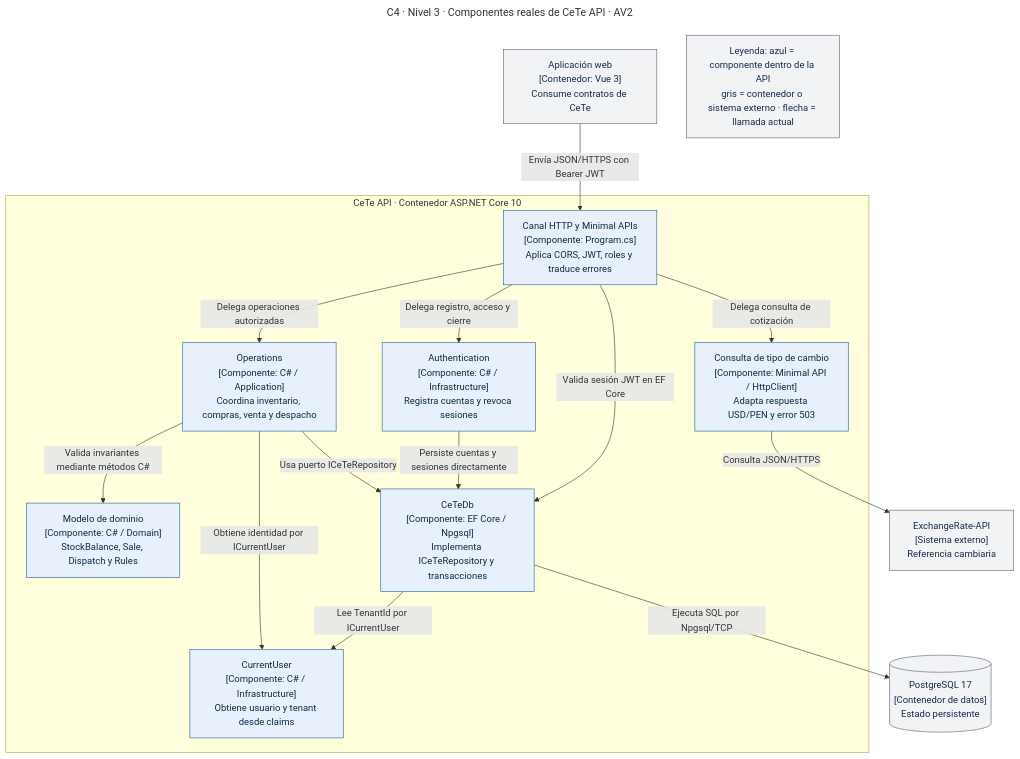
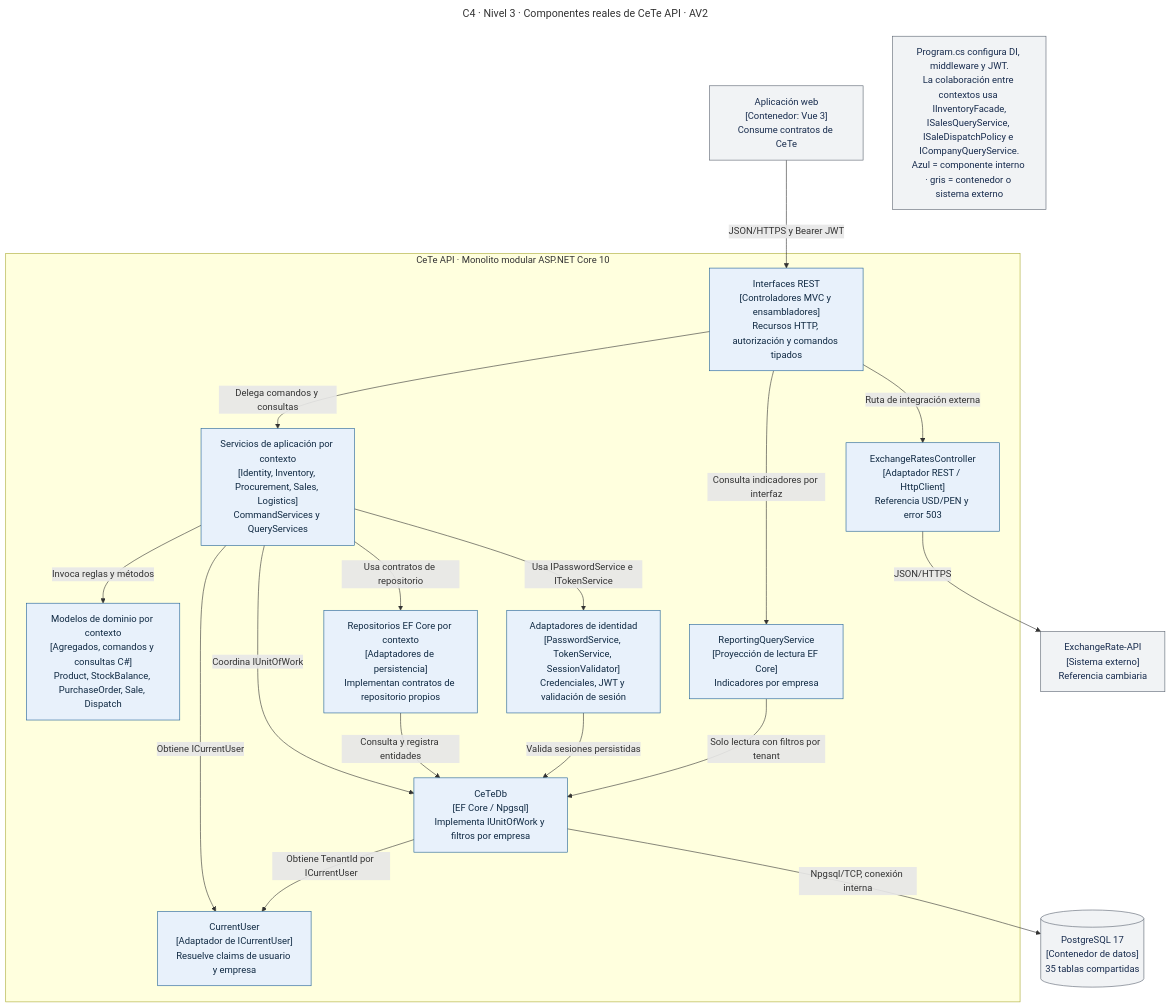
Before and after one commit to Nexxus-ops/Report-CeTe: the diagram in diagrams/c4-components.mmd, drawn with Mermaid. The commit also changed 34 other files, not shown here.

Commit message:
docs(architecture): align report with deployed DDD contexts

```diff
--- a/diagrams/c4-components.mmd
+++ b/diagrams/c4-components.mmd
@@ -1,33 +1,36 @@
 ---
 title: C4 · Nivel 3 · Componentes reales de CeTe API · AV2
 ---
 flowchart TB
   S["Aplicación web<br/>[Contenedor: Vue 3]<br/>Consume contratos de CeTe"]:::external
-  subgraph API["CeTe API · Contenedor ASP.NET Core 10"]
-    E["Canal HTTP y Minimal APIs<br/>[Componente: Program.cs]<br/>Aplica CORS, JWT, roles y traduce errores"]:::internal
-    AU["Authentication<br/>[Componente: C# / Infrastructure]<br/>Registra cuentas y revoca sesiones"]:::internal
-    CU["CurrentUser<br/>[Componente: C# / Infrastructure]<br/>Obtiene usuario y tenant desde claims"]:::internal
-    OP["Operations<br/>[Componente: C# / Application]<br/>Coordina inventario, compras, venta y despacho"]:::internal
-    DO["Modelo de dominio<br/>[Componente: C# / Domain]<br/>StockBalance, Sale, Dispatch y Rules"]:::internal
-    DB["CeTeDb<br/>[Componente: EF Core / Npgsql]<br/>Implementa ICeTeRepository y transacciones"]:::internal
-    EX["Consulta de tipo de cambio<br/>[Componente: Minimal API / HttpClient]<br/>Adapta respuesta USD/PEN y error 503"]:::internal
+  subgraph API["CeTe API · Monolito modular ASP.NET Core 10"]
+    E["Interfaces REST<br/>[Controladores MVC y ensambladores]<br/>Recursos HTTP, autorización y comandos tipados"]:::internal
+    APP["Servicios de aplicación por contexto<br/>[Identity, Inventory, Procurement, Sales, Logistics]<br/>CommandServices y QueryServices"]:::internal
+    DO["Modelos de dominio por contexto<br/>[Agregados, comandos y consultas C#]<br/>Product, StockBalance, PurchaseOrder, Sale, Dispatch"]:::internal
+    RP["Repositorios EF Core por contexto<br/>[Adaptadores de persistencia]<br/>Implementan contratos de repositorio propios"]:::internal
+    DB["CeTeDb<br/>[EF Core / Npgsql]<br/>Implementa IUnitOfWork y filtros por empresa"]:::internal
+    AU["Adaptadores de identidad<br/>[PasswordService, TokenService, SessionValidator]<br/>Credenciales, JWT y validación de sesión"]:::internal
+    CU["CurrentUser<br/>[Adaptador de ICurrentUser]<br/>Resuelve claims de usuario y empresa"]:::internal
+    RE["ReportingQueryService<br/>[Proyección de lectura EF Core]<br/>Indicadores por empresa"]:::internal
+    EX["ExchangeRatesController<br/>[Adaptador REST / HttpClient]<br/>Referencia USD/PEN y error 503"]:::internal
   end
-  PG[("PostgreSQL 17<br/>[Contenedor de datos]<br/>Estado persistente")]:::external
+  PG[("PostgreSQL 17<br/>[Contenedor de datos]<br/>35 tablas compartidas")]:::external
   XR["ExchangeRate-API<br/>[Sistema externo]<br/>Referencia cambiaria"]:::external
-  S -->|"Envía JSON/HTTPS con Bearer JWT"| E
-  E -->|"Delega registro, acceso y cierre"| AU
-  E -->|"Delega operaciones autorizadas"| OP
-  E -->|"Delega consulta de cotización"| EX
-  E -->|"Valida sesión JWT en EF Core"| DB
-  AU -->|"Persiste cuentas y sesiones directamente"| DB
-  OP -->|"Valida invariantes mediante métodos C#"| DO
-  OP -->|"Usa puerto ICeTeRepository"| DB
-  DB -->|"Lee TenantId por ICurrentUser"| CU
-  OP -->|"Obtiene identidad por ICurrentUser"| CU
-  DB -->|"Ejecuta SQL por Npgsql/TCP"| PG
-  EX -->|"Consulta JSON/HTTPS"| XR
-  K["Leyenda: azul = componente dentro de la API<br/>gris = contenedor o sistema externo · flecha = llamada actual"]:::external
-
-  classDef person fill:#0A2540,stroke:#0A2540,color:#FFFFFF
+  S -->|"JSON/HTTPS y Bearer JWT"| E
+  E -->|"Delega comandos y consultas"| APP
+  APP -->|"Invoca reglas y métodos"| DO
+  APP -->|"Usa contratos de repositorio"| RP
+  APP -->|"Coordina IUnitOfWork"| DB
+  APP -->|"Usa IPasswordService e ITokenService"| AU
+  APP -->|"Obtiene ICurrentUser"| CU
+  RP -->|"Consulta y registra entidades"| DB
+  AU -->|"Valida sesiones persistidas"| DB
+  DB -->|"Obtiene TenantId por ICurrentUser"| CU
+  E -->|"Consulta indicadores por interfaz"| RE
+  RE -->|"Solo lectura con filtros por tenant"| DB
+  E -->|"Ruta de integración externa"| EX
+  DB -->|"Npgsql/TCP, conexión interna"| PG
+  EX -->|"JSON/HTTPS"| XR
+  K["Program.cs configura DI, middleware y JWT.<br/>La colaboración entre contextos usa IInventoryFacade,<br/>ISalesQueryService, ISaleDispatchPolicy e ICompanyQueryService.<br/>Azul = componente interno · gris = contenedor o sistema externo"]:::external
   classDef internal fill:#E8F1FB,stroke:#1D5F96,color:#102A43
   classDef external fill:#F1F3F5,stroke:#5B6470,color:#172B4D
```
